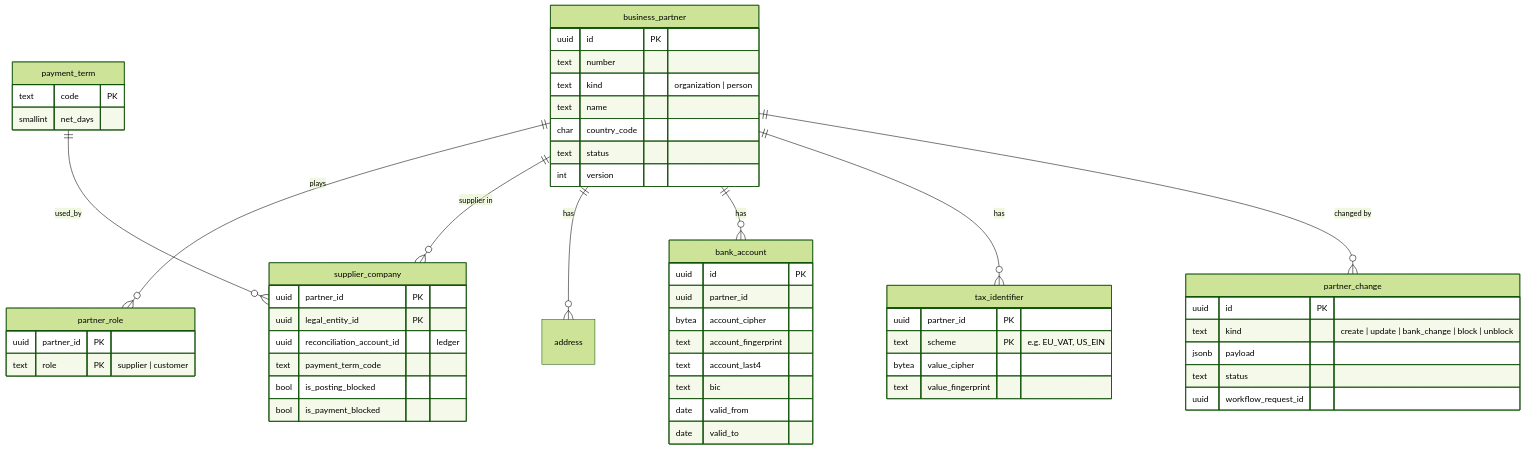
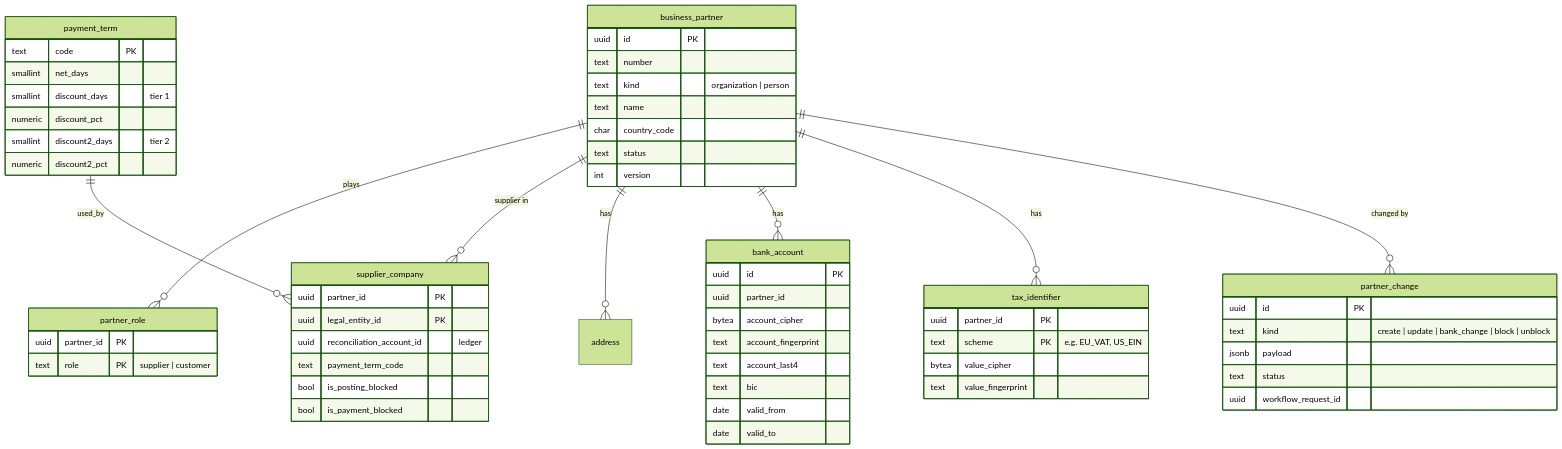
Before and after one commit to mustie7iy/agentic-erp: the fourth of 9 diagrams in docs/design/03-data-model.md, drawn with Mermaid (forest theme). The commit also changed other lines of this file and 14 other files, not shown here.

````diff
--- a/docs/design/03-data-model.md
+++ b/docs/design/03-data-model.md
@@ -377,44 +377,48 @@
 ```mermaid
 erDiagram
   business_partner ||--o{ partner_role : plays
   business_partner ||--o{ supplier_company : "supplier in"
   business_partner ||--o{ address : has
   business_partner ||--o{ bank_account : has
   business_partner ||--o{ tax_identifier : has
   business_partner ||--o{ partner_change : "changed by"
   payment_term ||--o{ supplier_company : used_by
   business_partner { uuid id PK
     text number
     text kind "organization | person"
     text name
     char country_code
     text status
     int version }
   partner_role { uuid partner_id PK
     text role PK "supplier | customer" }
   supplier_company { uuid partner_id PK
     uuid legal_entity_id PK
     uuid reconciliation_account_id "ledger"
     text payment_term_code
     bool is_posting_blocked
     bool is_payment_blocked }
   bank_account { uuid id PK
     uuid partner_id
     bytea account_cipher
     text account_fingerprint
     text account_last4
     text bic
     date valid_from
     date valid_to }
   tax_identifier { uuid partner_id PK
     text scheme PK "e.g. EU_VAT, US_EIN"
     bytea value_cipher
     text value_fingerprint }
   partner_change { uuid id PK
     text kind "create | update | bank_change | block | unblock"
     jsonb payload
     text status
     uuid workflow_request_id }
   payment_term { text code PK
-    smallint net_days }
+    smallint net_days
+    smallint discount_days "tier 1"
+    numeric discount_pct
+    smallint discount2_days "tier 2"
+    numeric discount2_pct }
 ```
````
